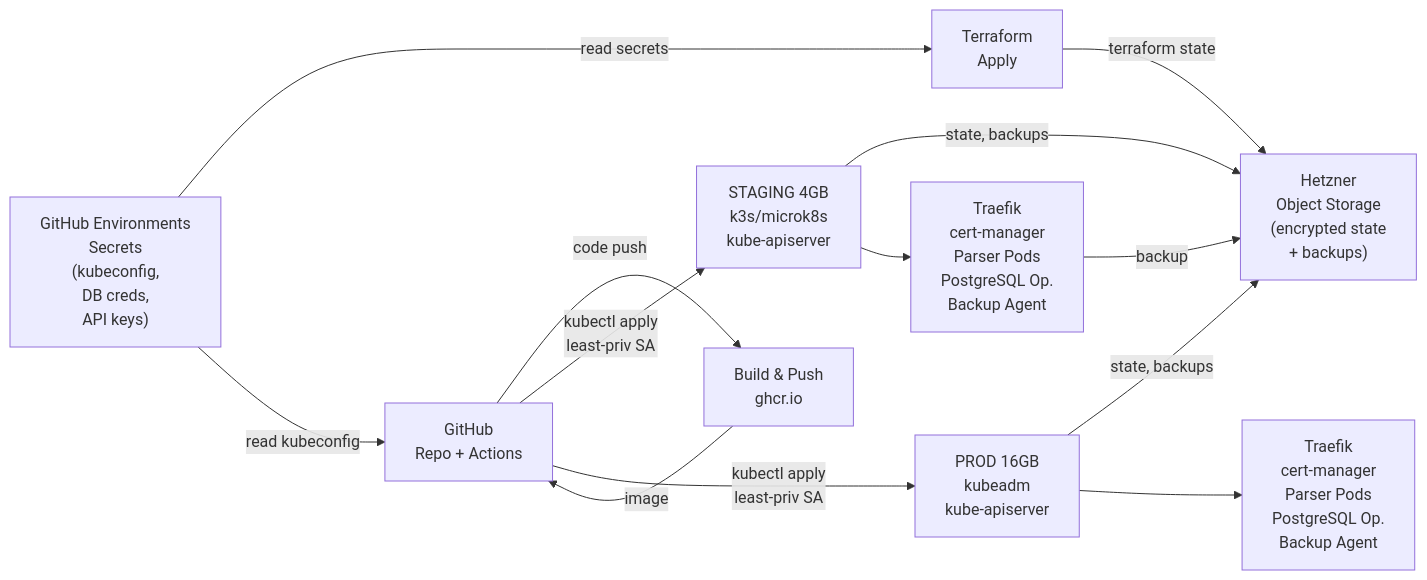
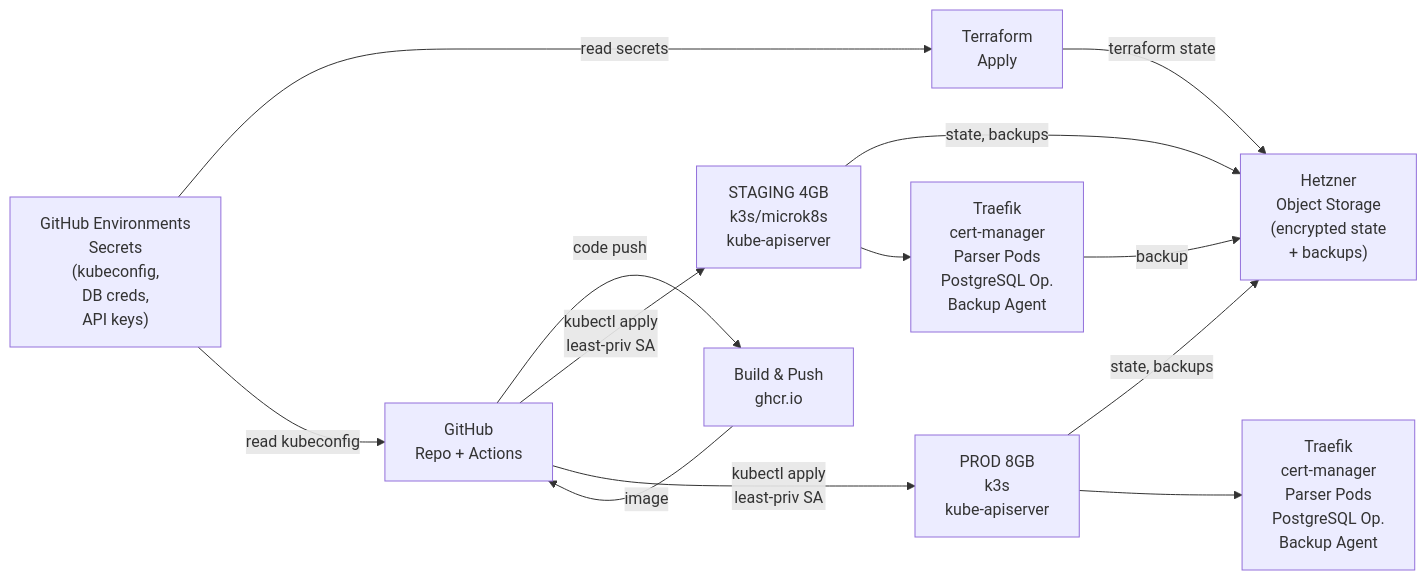
Before and after one commit to ukma-cs-ssdm-2025/rate-ukma: the diagram in docs/parser-service/deployment-infrastructure.md, drawn with Mermaid. The commit also changed other lines of this file and 3 other files, not shown here.

````diff
--- a/docs/parser-service/deployment-infrastructure.md
+++ b/docs/parser-service/deployment-infrastructure.md
@@ -36,27 +36,27 @@
 ```mermaid
 graph LR
     A["GitHub<br/>Repo + Actions"] 
     B["Build &amp; Push<br/>ghcr.io"]
     C["GitHub Environments<br/>Secrets<br/>(kubeconfig,<br/>DB creds,<br/>API keys)"]
     D["Terraform<br/>Apply"]
     E["Hetzner<br/>Object Storage<br/>(encrypted state<br/>+ backups)"]
     
     F["STAGING 4GB<br/>k3s/microk8s<br/>kube-apiserver"]
-    G["PROD 16GB<br/>kubeadm<br/>kube-apiserver"]
+    G["PROD 8GB<br/>k3s<br/>kube-apiserver"]
     
     F2["Traefik<br/>cert-manager<br/>Parser Pods<br/>PostgreSQL Op.<br/>Backup Agent"]
     G2["Traefik<br/>cert-manager<br/>Parser Pods<br/>PostgreSQL Op.<br/>Backup Agent"]
     
     A -->|code push| B
     B -->|image| A
     C -->|read secrets| D
     C -->|read kubeconfig| A
     D -->|terraform state| E
     A -->|kubectl apply<br/>least-priv SA| F
     A -->|kubectl apply<br/>least-priv SA| G
     F -->|state, backups| E
     G -->|state, backups| E
     F --> F2
     G --> G2
     F2 -->|backup| E
 ```
````
